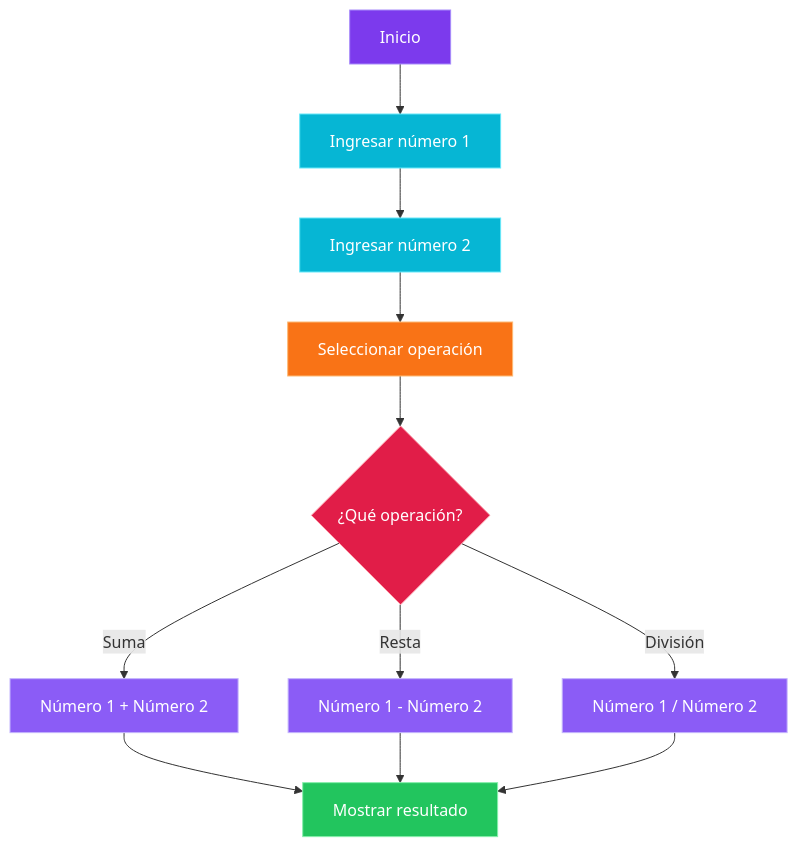
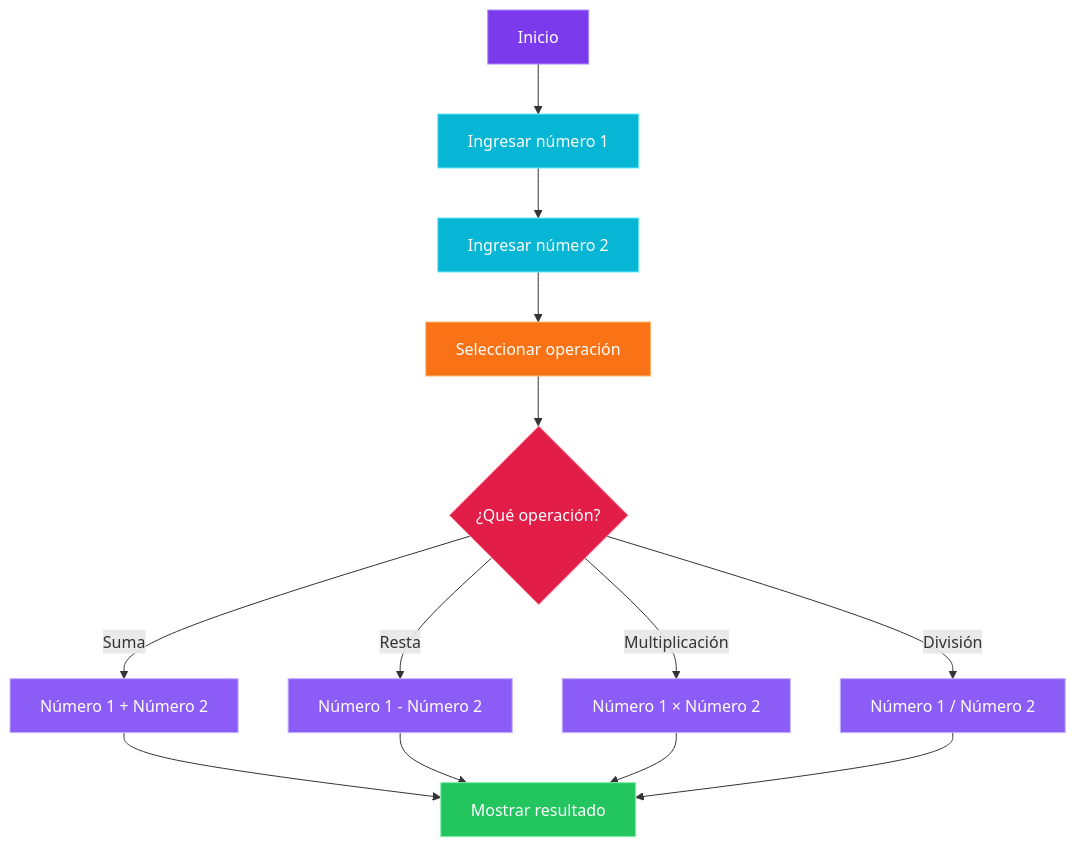
Before and after one commit to VITIDEV06/LABORATORIO-CONTROLES-BASICOS-DE-C-SHARP-Victor-Montes: the third of 6 diagrams in README.md, drawn with Mermaid.

Commit message:
Update flowchart operations in README.md

````diff
--- a/README.md
+++ b/README.md
@@ -258,25 +258,28 @@
 ```mermaid
 flowchart TD
     A["Inicio"] --> B["Ingresar número 1"]
     B --> C["Ingresar número 2"]
     C --> D["Seleccionar operación"]
     D --> E{"¿Qué operación?"}
     
     E -->|Suma| F["Número 1 + Número 2"]
     E -->|Resta| G["Número 1 - Número 2"]
-    E -->|División| H["Número 1 / Número 2"]
+    E -->|Multiplicación| H["Número 1 × Número 2"]
+    E -->|División| J["Número 1 / Número 2"]
     
     F --> I["Mostrar resultado"]
     G --> I
     H --> I
+    J --> I
     
     style A fill:#7C3AED,color:#fff,stroke:#A78BFA
     style B fill:#06B6D4,color:#fff,stroke:#67E8F9
     style C fill:#06B6D4,color:#fff,stroke:#67E8F9
     style D fill:#F97316,color:#fff,stroke:#FDBA74
     style E fill:#E11D48,color:#fff,stroke:#FDA4AF
     style F fill:#8B5CF6,color:#fff,stroke:#C4B5FD
     style G fill:#8B5CF6,color:#fff,stroke:#C4B5FD
     style H fill:#8B5CF6,color:#fff,stroke:#C4B5FD
+    style J fill:#8B5CF6,color:#fff,stroke:#C4B5FD
     style I fill:#22C55E,color:#fff,stroke:#86EFAC
 ```
````
